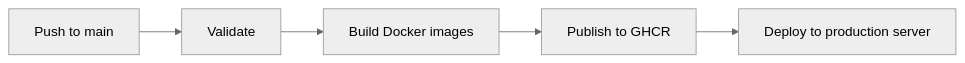
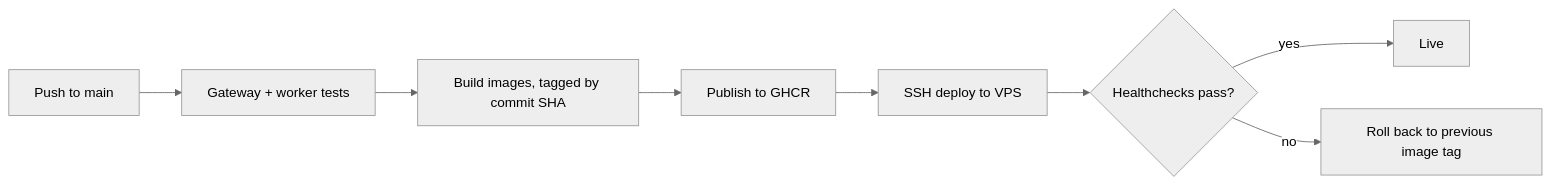
Before and after one commit to emerson-creator/mediaflow-ai: the third of 3 diagrams in README.md, drawn with Mermaid (neutral theme). The commit also changed other lines of this file and 1 other file, not shown here.

````diff
--- a/README.md
+++ b/README.md
@@ -246,7 +186,10 @@
 ```mermaid
 flowchart LR
-    A[Push to main] --> B[Validate]
-    B --> C[Build Docker images]
+    A[Push to main] --> B[Gateway + worker tests]
+    B --> C[Build images, tagged by commit SHA]
     C --> D[Publish to GHCR]
-    D --> E[Deploy to production server]
+    D --> E[SSH deploy to VPS]
+    E --> F{Healthchecks pass?}
+    F -->|yes| G[Live]
+    F -->|no| H[Roll back to previous image tag]
 ```
````
